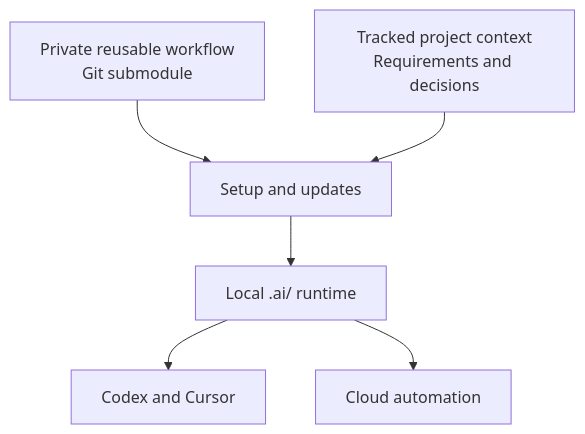
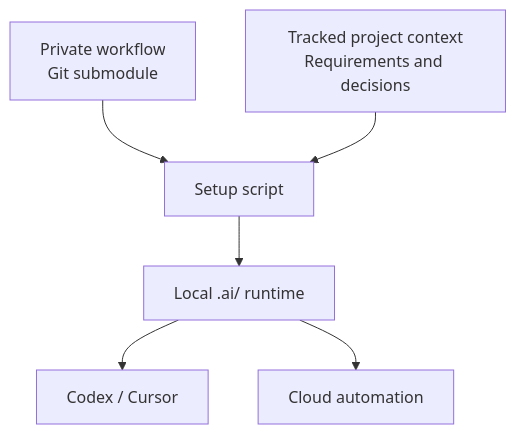
The first of 2 diagrams in README.md (szymoniwacz/ai-project-template-adapter), drawn with Mermaid before and after one commit. The commit also changed other lines of this file, not shown here.

````diff
--- a/README.md
+++ b/README.md
@@ -11,8 +9,8 @@
 ```mermaid
 flowchart TB
-    A["Private reusable workflow<br/>Git submodule"] --> C["Setup and updates"]
+    A["Private workflow<br/>Git submodule"] --> C["Setup script"]
     B["Tracked project context<br/>Requirements and decisions"] --> C
     C --> D["Local .ai/ runtime"]
-    D --> E["Codex and Cursor"]
+    D --> E["Codex / Cursor"]
     D --> F["Cloud automation"]
 ```
````
